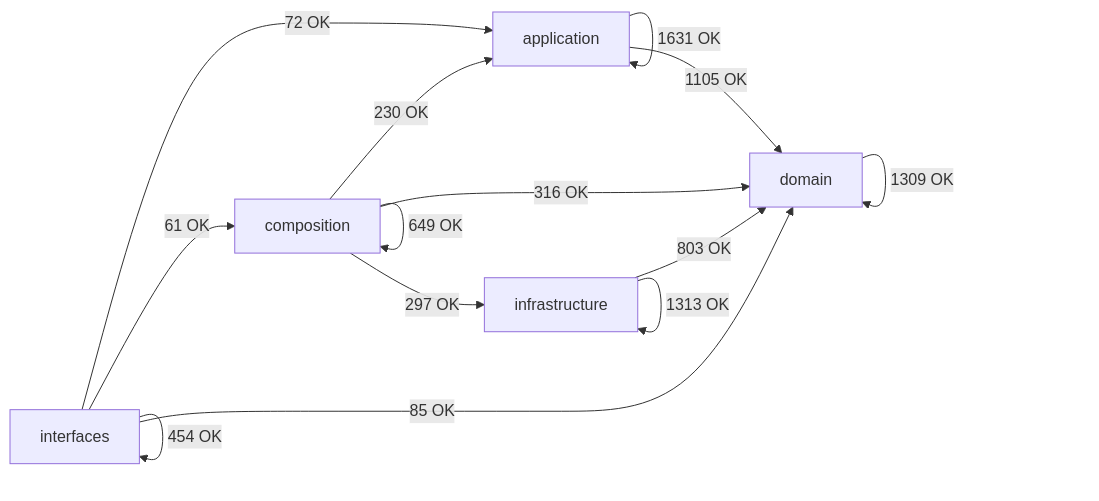
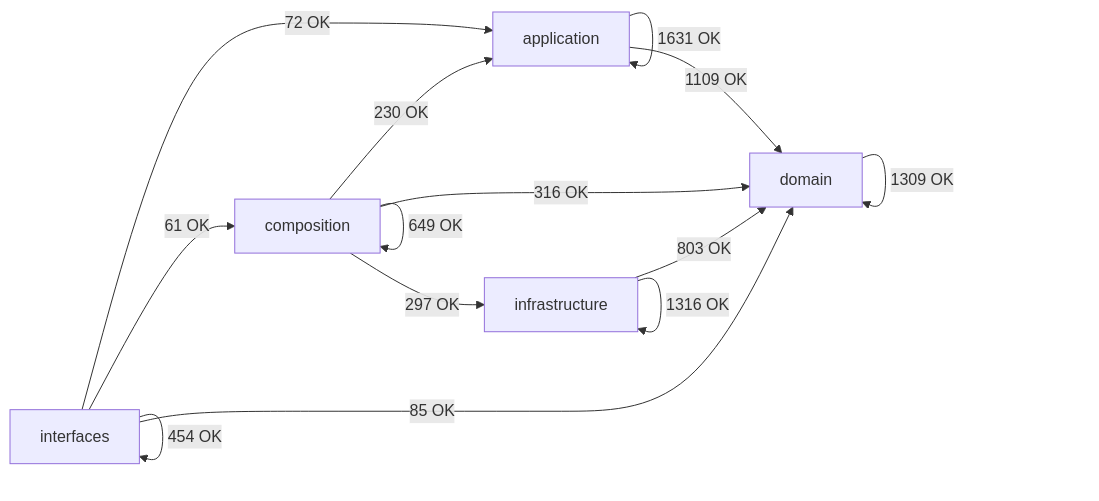
The diagram in docs/02-architecture/generated/module-dependency-map.md (SatoryKono/BioactivityDataAcquisition), drawn with Mermaid before and after one commit. The commit also changed other lines of this file and 85 other files, not shown here.

````diff
--- a/docs/02-architecture/generated/module-dependency-map.md
+++ b/docs/02-architecture/generated/module-dependency-map.md
@@ -17,21 +17,21 @@
 ```mermaid
 flowchart LR
     domain[domain]
     application[application]
     infrastructure[infrastructure]
     composition[composition]
     interfaces[interfaces]
     application -->|1631 OK| application
-    application -->|1105 OK| domain
+    application -->|1109 OK| domain
     composition -->|230 OK| application
     composition -->|649 OK| composition
     composition -->|316 OK| domain
     composition -->|297 OK| infrastructure
     domain -->|1309 OK| domain
     infrastructure -->|803 OK| domain
-    infrastructure -->|1313 OK| infrastructure
+    infrastructure -->|1316 OK| infrastructure
     interfaces -->|72 OK| application
     interfaces -->|61 OK| composition
     interfaces -->|85 OK| domain
     interfaces -->|454 OK| interfaces
 ```
````
